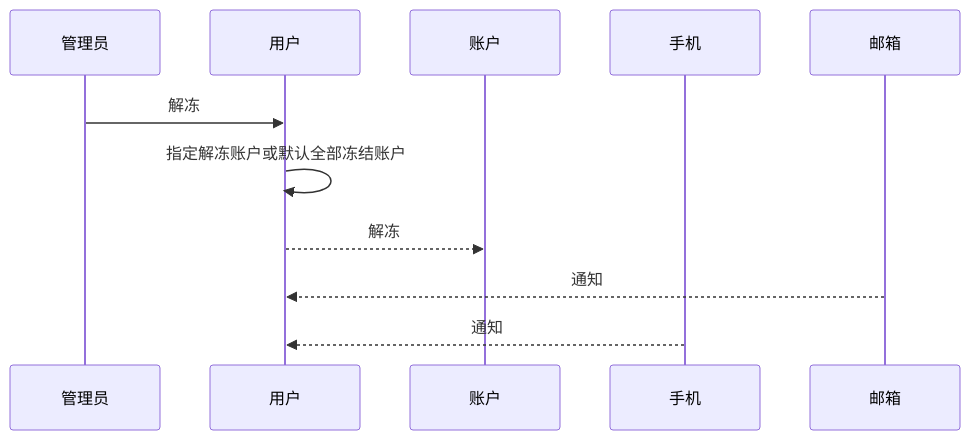
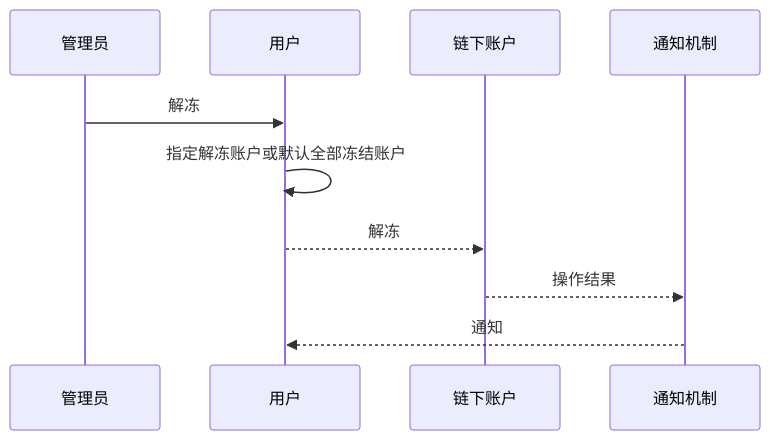
Before and after one commit to neomaclin/designdoc: the sixth of 15 diagrams in Readme.md, drawn with Mermaid. The commit also changed other lines of this file, not shown here.

````diff
--- a/Readme.md
+++ b/Readme.md
@@ -93,16 +108,16 @@
 ```mermaid
 
 sequenceDiagram
     participant s as 管理员
     participant u as 用户
-    participant a as 账户
-    participant p as 手机
-    participant m as 邮箱
+    participant a as 链下账户
+    participant n as 通知机制
 
     s->>u: 解冻
     u->>u: 指定解冻账户或默认全部冻结账户
     u-->>a: 解冻
-    m-->>u: 通知
-    p-->>u: 通知
+    a-->> n: 操作结果
+    n-->>u: 通知
+
 
 ```
````
